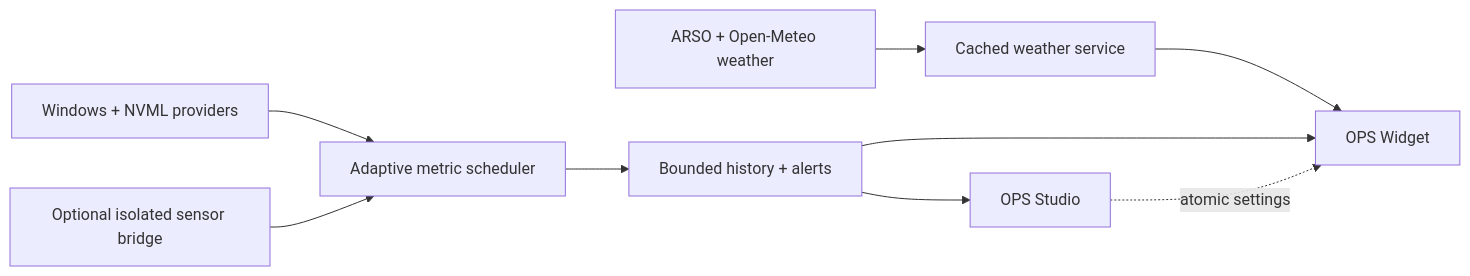
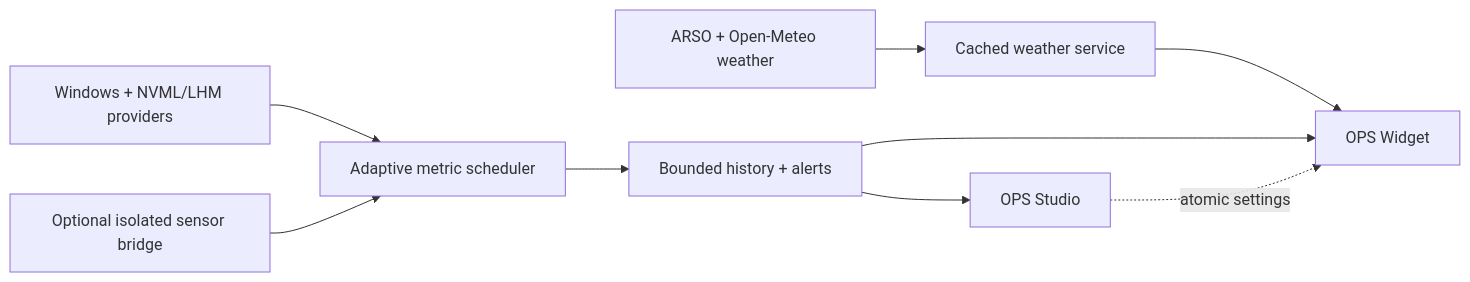
Before and after one commit to seNkoKG/ops-monitor: the diagram in README.md, drawn with Mermaid. The commit also changed other lines of this file and 49 other files, not shown here.

````diff
--- a/README.md
+++ b/README.md
@@ -96,11 +96,11 @@
 ```mermaid
 flowchart LR
-    A["Windows + NVML providers"] --> D["Adaptive metric scheduler"]
+    A["Windows + NVML/LHM providers"] --> D["Adaptive metric scheduler"]
     B["Optional isolated sensor bridge"] --> D
     C["ARSO + Open-Meteo weather"] --> E["Cached weather service"]
     D --> F["Bounded history + alerts"]
     F --> G["OPS Widget"]
     E --> G
     F --> H["OPS Studio"]
     H -. "atomic settings" .-> G
 ```
````
